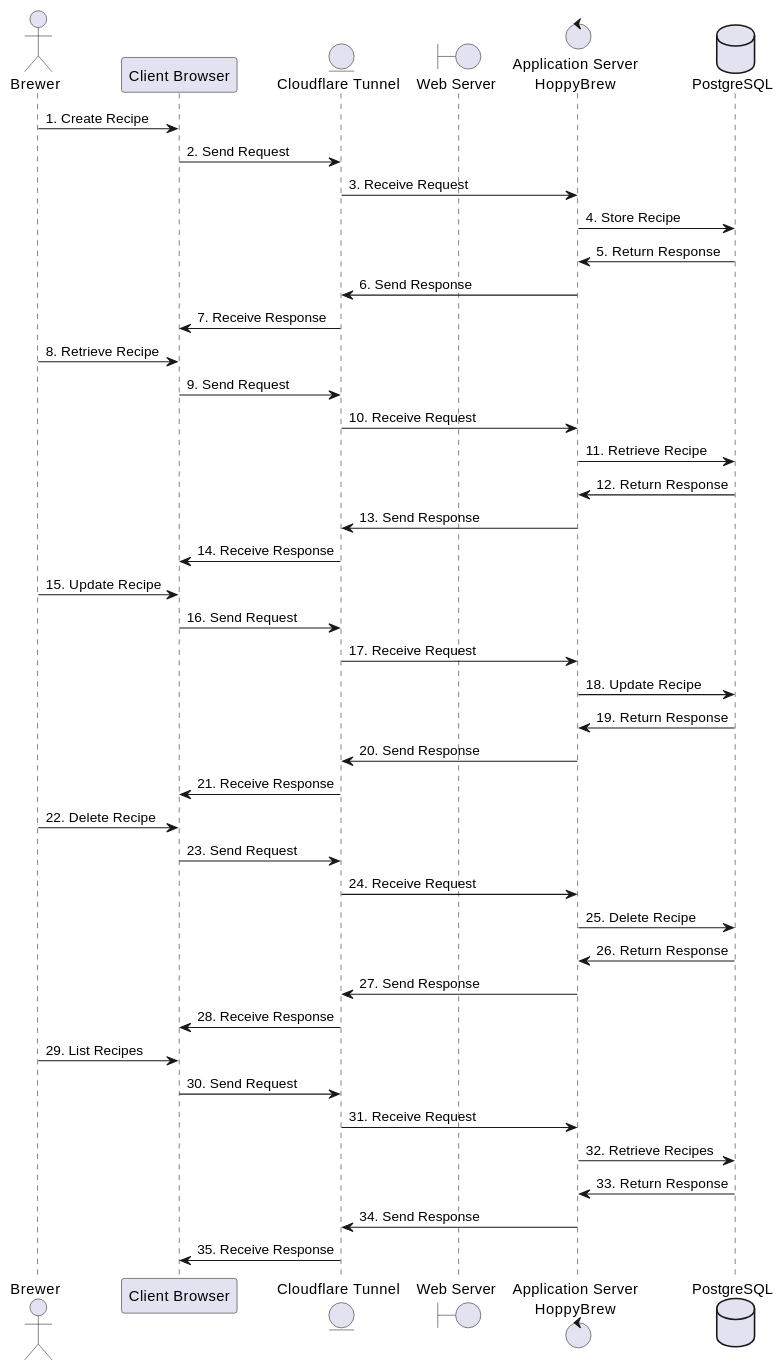
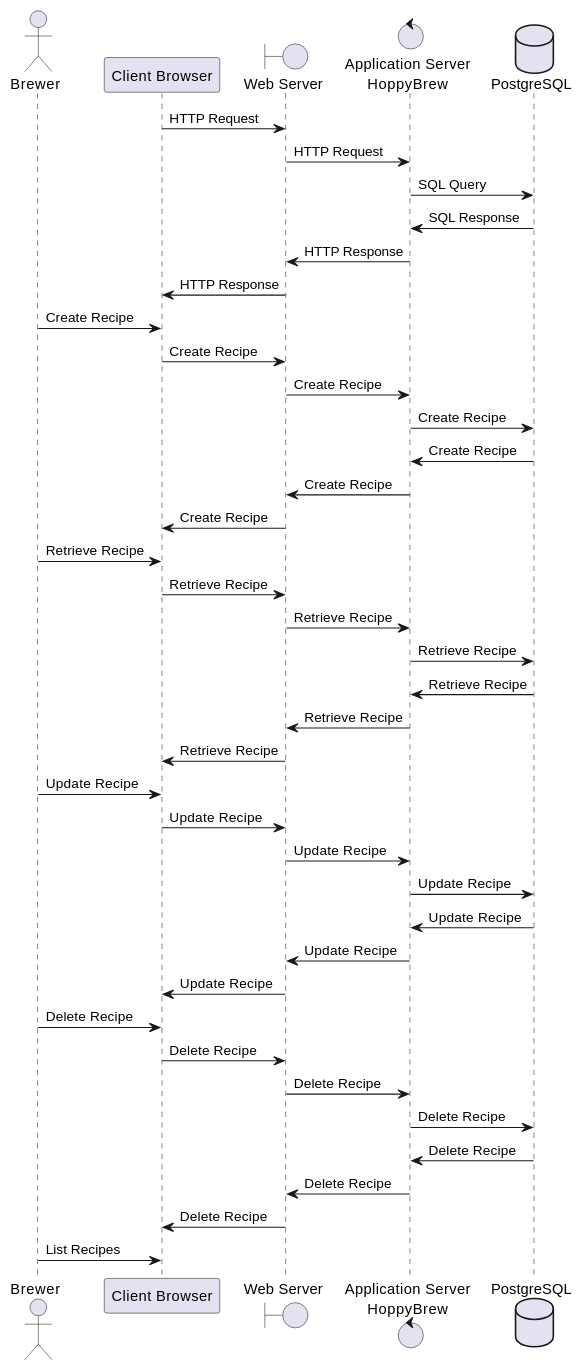
One commit to asbor/iu-project-software-engineering changed the sixth of 6 diagrams in documents/01-Conception-Phase/00-HoppyBrew.md. Above: the diagram before and after it, drawn with PlantUML. The commit also changed other lines of this file and 3 other files, not shown here.

```diff
--- a/documents/01-Conception-Phase/00-HoppyBrew.md
+++ b/documents/01-Conception-Phase/00-HoppyBrew.md
@@ -717,50 +719,50 @@
 @startuml 06-Runtime-View-CRUD-Recipe
 
 actor Brewer as Brewer
 participant "Client Browser" as ClientBrowser
-entity "Cloudflare Tunnel" as CloudflareTunnel
 boundary WebServer as "Web Server"
 control AppServer as "Application Server\nHoppyBrew"
 database "PostgreSQL" as PostgreSQL
 
-Brewer -> ClientBrowser : 1. Create Recipe
-ClientBrowser -> CloudflareTunnel : 2. Send Request
-CloudflareTunnel -> AppServer : 3. Receive Request
-AppServer -> PostgreSQL : 4. Store Recipe
-PostgreSQL -> AppServer : 5. Return Response
-AppServer -> CloudflareTunnel : 6. Send Response
-CloudflareTunnel -> ClientBrowser : 7. Receive Response
+ClientBrowser -> WebServer : HTTP Request
+WebServer -> AppServer : HTTP Request
+AppServer -> PostgreSQL : SQL Query
+PostgreSQL -> AppServer : SQL Response
+AppServer -> WebServer : HTTP Response
+WebServer -> ClientBrowser : HTTP Response
 
-Brewer -> ClientBrowser : 8. Retrieve Recipe
-ClientBrowser -> CloudflareTunnel : 9. Send Request
-CloudflareTunnel -> AppServer : 10. Receive Request
-AppServer -> PostgreSQL : 11. Retrieve Recipe
-PostgreSQL -> AppServer : 12. Return Response
-AppServer -> CloudflareTunnel : 13. Send Response
-CloudflareTunnel -> ClientBrowser : 14. Receive Response
+Brewer -> ClientBrowser : Create Recipe
+ClientBrowser -> WebServer : Create Recipe
+WebServer -> AppServer : Create Recipe
+AppServer -> PostgreSQL : Create Recipe
+PostgreSQL -> AppServer : Create Recipe
+AppServer -> WebServer : Create Recipe
+WebServer -> ClientBrowser : Create Recipe
 
-Brewer -> ClientBrowser : 15. Update Recipe
-ClientBrowser -> CloudflareTunnel : 16. Send Request
-CloudflareTunnel -> AppServer : 17. Receive Request
-AppServer -> PostgreSQL : 18. Update Recipe
-PostgreSQL -> AppServer : 19. Return Response
-AppServer -> CloudflareTunnel : 20. Send Response
-CloudflareTunnel -> ClientBrowser : 21. Receive Response
+Brewer -> ClientBrowser : Retrieve Recipe
+ClientBrowser -> WebServer : Retrieve Recipe
+WebServer -> AppServer : Retrieve Recipe
+AppServer -> PostgreSQL : Retrieve Recipe
+PostgreSQL -> AppServer : Retrieve Recipe
+AppServer -> WebServer : Retrieve Recipe
+WebServer -> ClientBrowser : Retrieve Recipe
 
-Brewer -> ClientBrowser : 22. Delete Recipe
-ClientBrowser -> CloudflareTunnel : 23. Send Request
-CloudflareTunnel -> AppServer : 24. Receive Request
-AppServer -> PostgreSQL : 25. Delete Recipe
-PostgreSQL -> AppServer : 26. Return Response
-AppServer -> CloudflareTunnel : 27. Send Response
-CloudflareTunnel -> ClientBrowser : 28. Receive Response
+Brewer -> ClientBrowser : Update Recipe
+ClientBrowser -> WebServer : Update Recipe
+WebServer -> AppServer : Update Recipe
+AppServer -> PostgreSQL : Update Recipe
+PostgreSQL -> AppServer : Update Recipe
+AppServer -> WebServer : Update Recipe
+WebServer -> ClientBrowser : Update Recipe
 
-Brewer -> ClientBrowser : 29. List Recipes
-ClientBrowser -> CloudflareTunnel : 30. Send Request
-CloudflareTunnel -> AppServer : 31. Receive Request
-AppServer -> PostgreSQL : 32. Retrieve Recipes
-PostgreSQL -> AppServer : 33. Return Response
-AppServer -> CloudflareTunnel : 34. Send Response
-CloudflareTunnel -> ClientBrowser : 35. Receive Response
+Brewer -> ClientBrowser : Delete Recipe
+ClientBrowser -> WebServer : Delete Recipe
+WebServer -> AppServer : Delete Recipe
+AppServer -> PostgreSQL : Delete Recipe
+PostgreSQL -> AppServer : Delete Recipe
+AppServer -> WebServer : Delete Recipe
+WebServer -> ClientBrowser : Delete Recipe
+
+Brewer -> ClientBrowser : List Recipes
 
 @enduml
```
